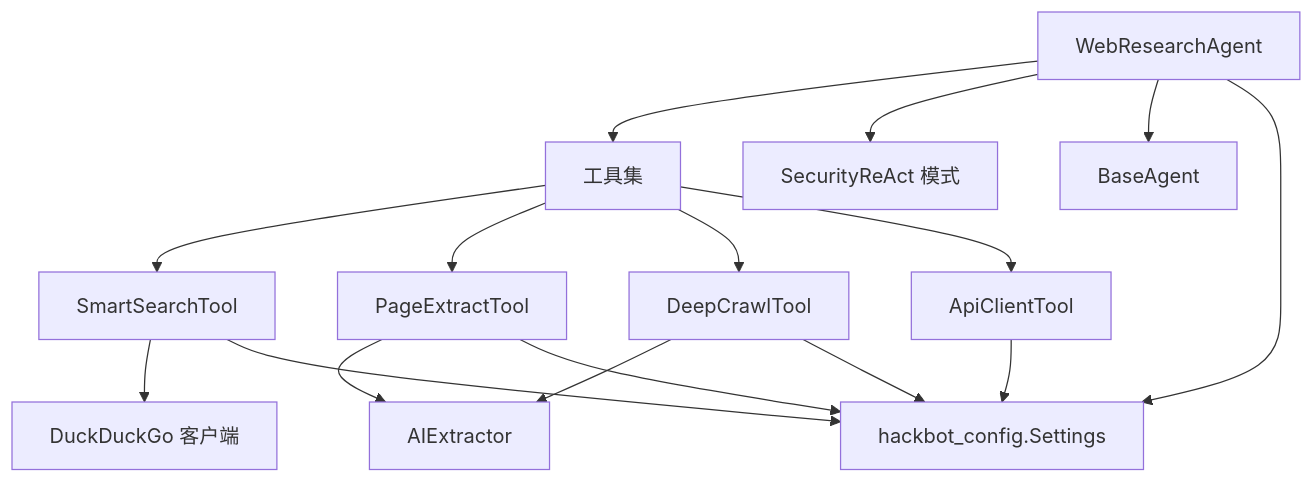
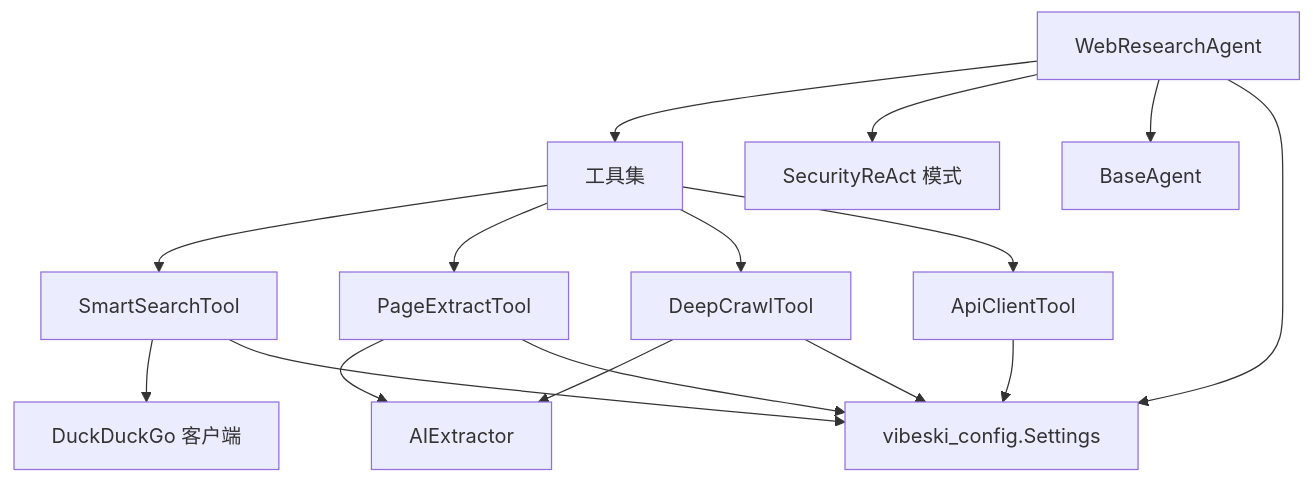
The eighth of 8 diagrams in .qoder/repowiki/zh/content/项目概述/核心功能特性/AI网络研究能力.md (crabin/VIBESKI), drawn with Mermaid before and after one commit. The commit also changed other lines of this file and 170 other files, not shown here.

Commit message:
chore: rename all secbot/hackbot identifiers to vibeski

````diff
--- a/.qoder/repowiki/zh/content/项目概述/核心功能特性/AI网络研究能力.md
+++ b/.qoder/repowiki/zh/content/项目概述/核心功能特性/AI网络研究能力.md
@@ -362,18 +362,18 @@
 ```mermaid
 graph TB
 Agent["WebResearchAgent"] --> Tools["工具集"]
 Tools --> Search["SmartSearchTool"]
 Tools --> Extract["PageExtractTool"]
 Tools --> Crawl["DeepCrawlTool"]
 Tools --> API["ApiClientTool"]
 Search --> DDGS["DuckDuckGo 客户端"]
 Extract --> AI["AIExtractor"]
 Crawl --> AI
 Agent --> Engine["SecurityReAct 模式"]
 Agent --> Base["BaseAgent"]
-Agent --> Config["hackbot_config.Settings"]
+Agent --> Config["vibeski_config.Settings"]
 Search --> Config
 Extract --> Config
 Crawl --> Config
 API --> Config
 ```
````
